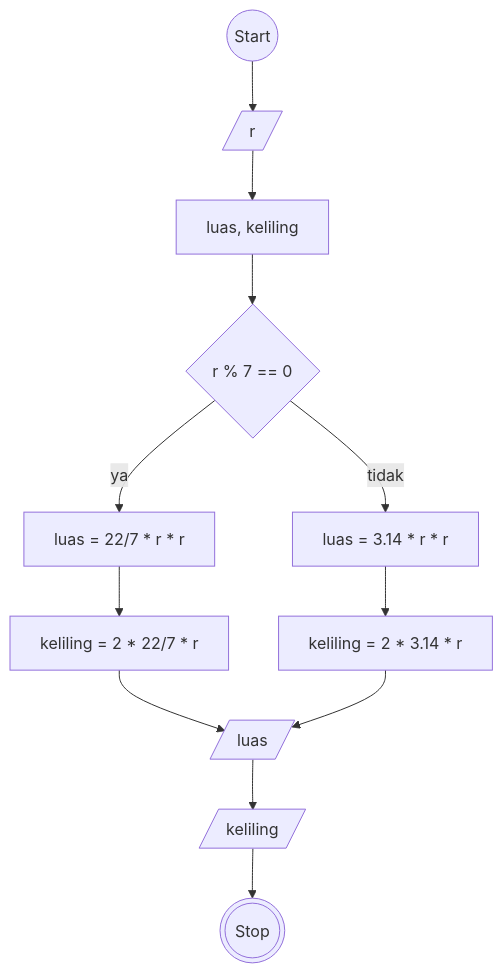
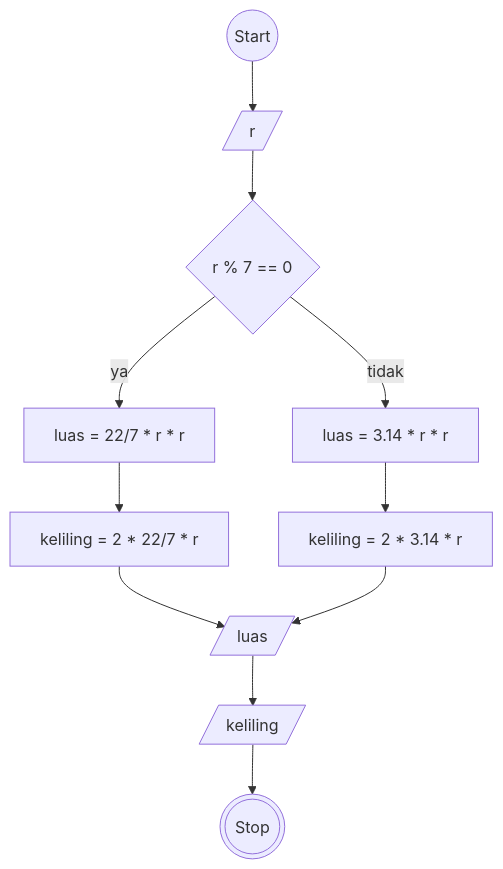
Before and after one commit to ktsrqsdev/koda-b10-algoritma: the second of 2 diagrams in README.md, drawn with Mermaid.

````diff
--- a/README.md
+++ b/README.md
@@ -51,27 +51,25 @@
 ``` mermaid
 flowchart TD
     start@{ shape: circle, label: "Start" }
     stop@{ shape: dbl-circ, label: "Stop" }
     r@{ shape: lean-r, label: "r" }
-    varkosong@{ shape: rect, label: "luas, keliling" }
     modr@{ shape: diamond, label: "r % 7 == 0" }
     luas1@{ shape: rect, label: "luas = 22/7 * r * r" }
     luas2@{ shape: rect, label: "luas = 3.14 * r * r" }
     keliling1@{ shape: rect, label: "keliling = 2 * 22/7 * r" }
     keliling2@{ shape: rect, label: "keliling = 2 * 3.14 * r" }
     outputluas@{ shape: lean-r, label: "luas" }
     outputkeliling@{ shape: lean-r, label: "keliling" }
 
 
     start --> r
-    r --> varkosong
-    varkosong --> modr
+    r --> modr
     modr --ya--> luas1
     modr --tidak--> luas2
     luas1 --> keliling1
     luas2 --> keliling2
     keliling1 & keliling2 --> outputluas
     outputluas --> outputkeliling
     outputkeliling --> stop
     
 ```
````
